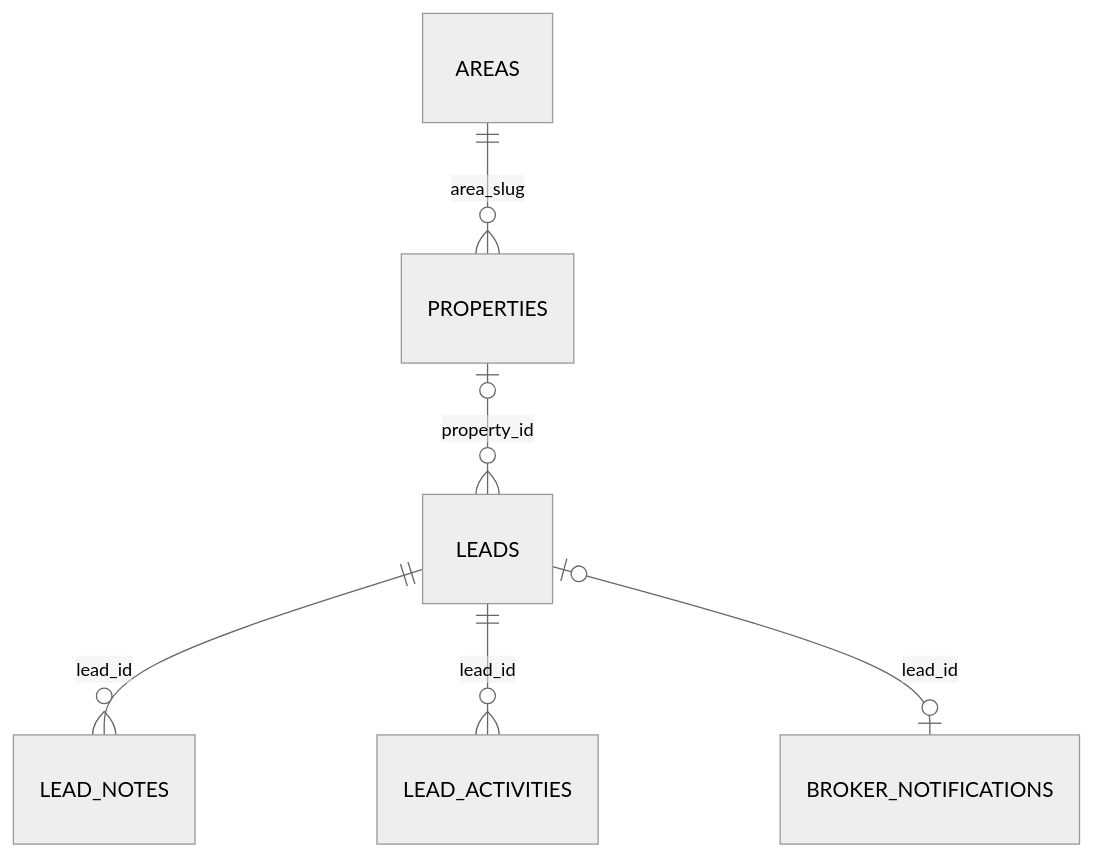
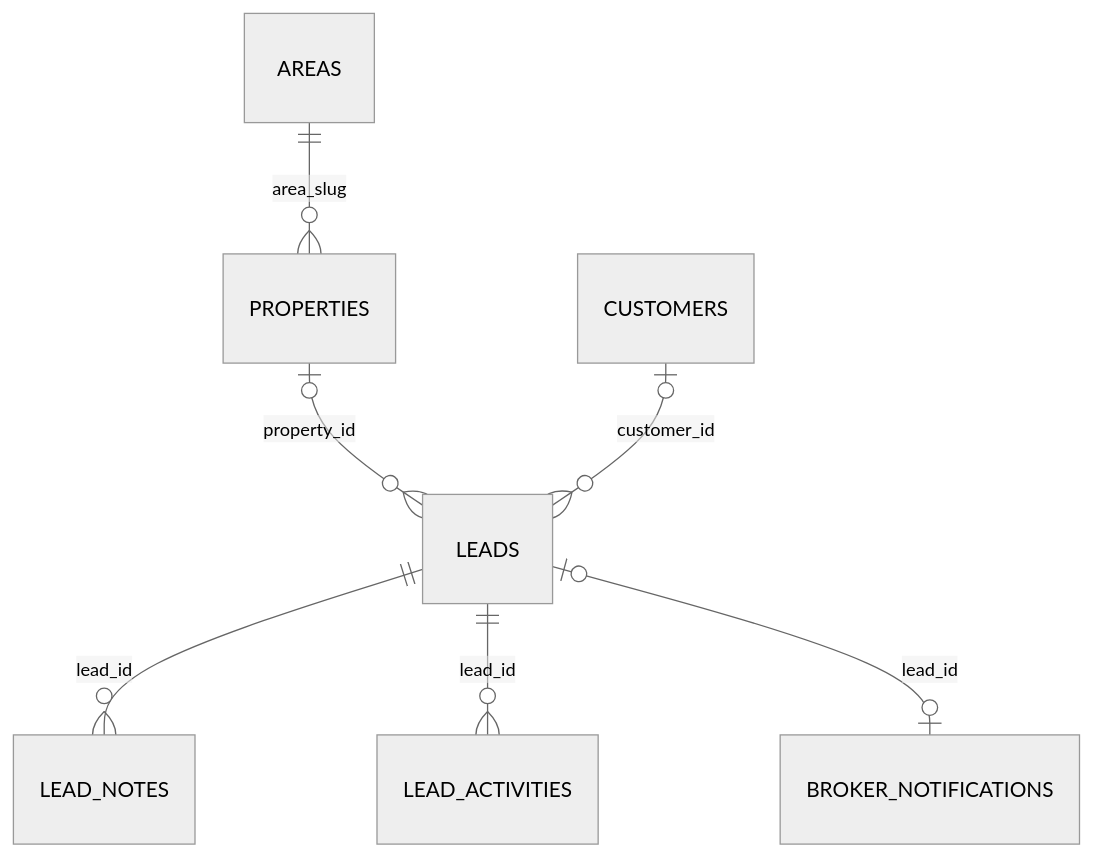
The second of 5 diagrams in docs/TECHNICAL_OVERVIEW.md (dineshprabhu-s/chennai-real-estates), drawn with Mermaid (neutral theme) before and after one commit. The commit also changed other lines of this file and 26 other files, not shown here.

````diff
--- a/docs/TECHNICAL_OVERVIEW.md
+++ b/docs/TECHNICAL_OVERVIEW.md
@@ -105,8 +107,9 @@
 ```mermaid
 erDiagram
   AREAS ||--o{ PROPERTIES : area_slug
   PROPERTIES o|--o{ LEADS : property_id
+  CUSTOMERS o|--o{ LEADS : customer_id
   LEADS ||--o{ LEAD_NOTES : lead_id
   LEADS ||--o{ LEAD_ACTIVITIES : lead_id
   LEADS o|--o| BROKER_NOTIFICATIONS : lead_id
 ```
````
